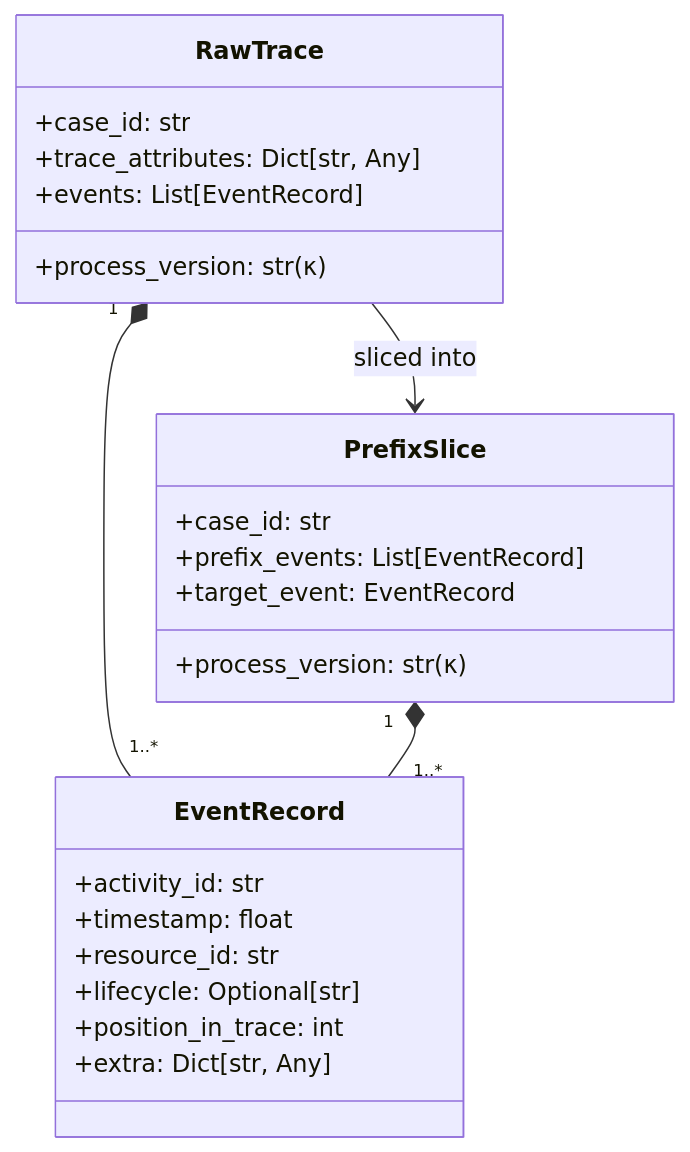
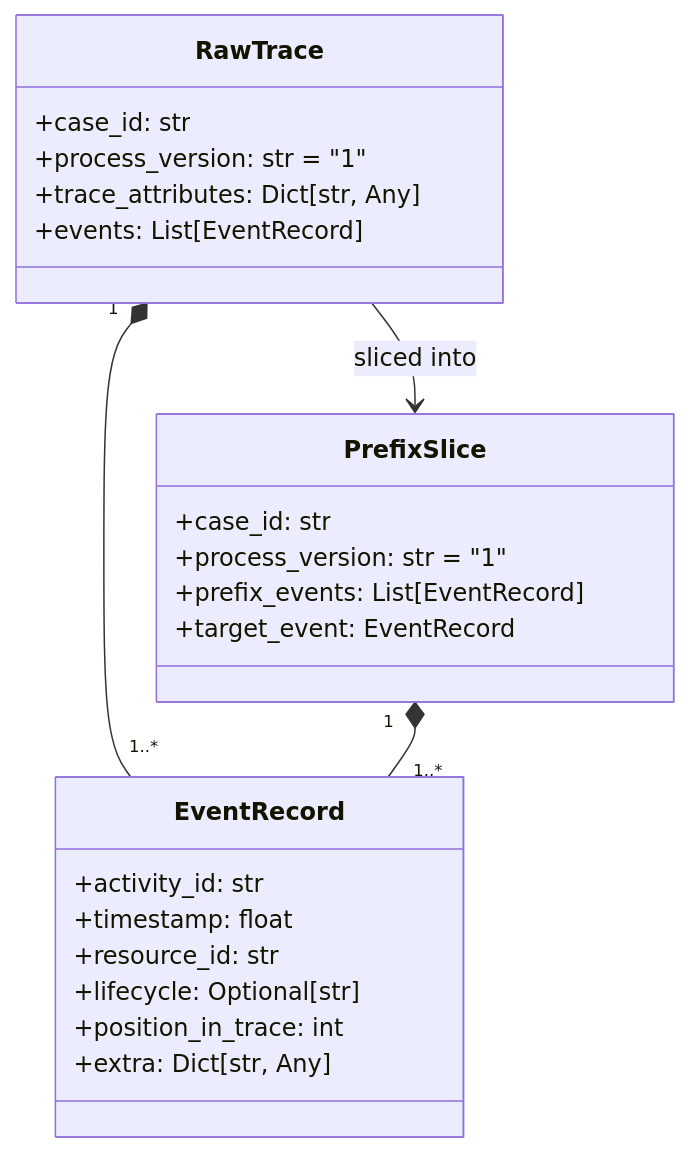
The first of 5 diagrams in docs/DATA_MODEL_MVP2.MD (ghsrg/bpm_prediction), drawn with Mermaid before and after one commit. The commit also changed other lines of this file and 4 other files, not shown here.

````diff
--- a/docs/DATA_MODEL_MVP2.MD
+++ b/docs/DATA_MODEL_MVP2.MD
@@ -16,31 +16,31 @@
 ```mermaid
 classDiagram
     classDef mvp2 fill:#e6ffed,stroke:#2ea043,stroke-width:2px,color:#000;
 
     class RawTrace {
       +case_id: str
-      +process_version: str (κ)
+      +process_version: str = "1"
       +trace_attributes: Dict[str, Any]
       +events: List[EventRecord]
     }
 
     class EventRecord {
       +activity_id: str
       +timestamp: float
       +resource_id: str
       +lifecycle: Optional[str]
       +position_in_trace: int
       +extra: Dict[str, Any]
     }
 
     class PrefixSlice {
       +case_id: str
-      +process_version: str (κ)
+      +process_version: str = "1"
       +prefix_events: List[EventRecord]
       +target_event: EventRecord
     }
 
     RawTrace "1" *-- "1..*" EventRecord
     PrefixSlice "1" *-- "1..*" EventRecord
     RawTrace --> PrefixSlice : sliced into
 ```
````
